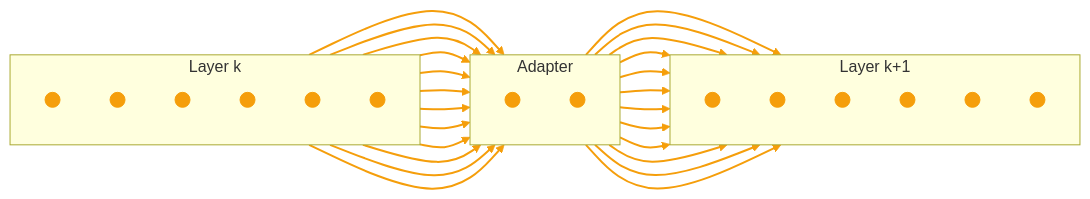
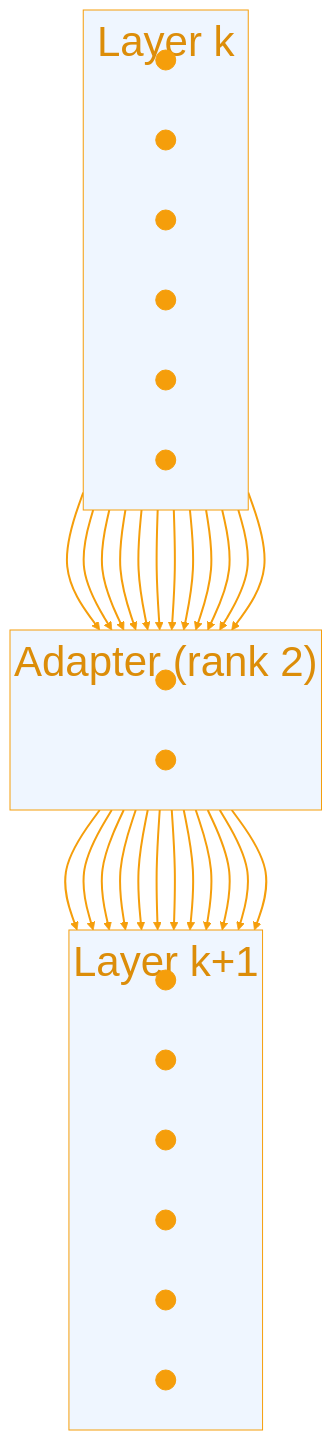
The second of 2 diagrams in slides/m13-fine-tuning.qmd (kerryback/mgmt675), drawn with Mermaid before and after one commit. The commit also changed other lines of this file and 1 other file, not shown here.

Commit message:
Fix LoRA mermaid diagrams: light theme, horizontal layout
Use theme:base with explicit colors to avoid blue-on-black rendering.
Switch from graph LR to graph TB so layers are horizontal rows.

````diff
--- a/slides/m13-fine-tuning.qmd
+++ b/slides/m13-fine-tuning.qmd
@@ -227,37 +240,52 @@
 ```{mermaid}
-graph LR
+%%| fig-width: 16
+%%{init: {'theme': 'base', 'themeVariables': {'fontSize': '42px', 'primaryColor': '#f59e0b', 'primaryTextColor': '#fff', 'lineColor': '#f59e0b', 'clusterBkg': '#eff6ff', 'clusterBorder': '#f59e0b'}, 'flowchart': {'nodeSpacing': 60, 'rankSpacing': 120, 'padding': 20, 'useMaxWidth': true}}}%%
+graph TB
   subgraph Layer_k["Layer k"]
-    direction TB
+    direction LR
     A1((" "))
     A2((" "))
     A3((" "))
     A4((" "))
     A5((" "))
     A6((" "))
   end
-  subgraph Adapter["Adapter"]
-    direction TB
+  subgraph Adapter["Adapter (rank 2)"]
+    direction LR
     R1((" "))
     R2((" "))
   end
   subgraph Layer_k1["Layer k+1"]
-    direction TB
+    direction LR
     B1((" "))
     B2((" "))
     B3((" "))
     B4((" "))
     B5((" "))
     B6((" "))
   end
   A1 --> R1 & R2
   A2 --> R1 & R2
   A3 --> R1 & R2
   A4 --> R1 & R2
   A5 --> R1 & R2
   A6 --> R1 & R2
   R1 --> B1 & B2 & B3 & B4 & B5 & B6
   R2 --> B1 & B2 & B3 & B4 & B5 & B6
 
   linkStyle default stroke:#f59e0b,stroke-width:2px
-  classDef node fill:#f59e0b,stroke:#f59e0b,color:#fff
+  style A1 fill:#f59e0b,stroke:#f59e0b,color:#fff
+  style A2 fill:#f59e0b,stroke:#f59e0b,color:#fff
+  style A3 fill:#f59e0b,stroke:#f59e0b,color:#fff
+  style A4 fill:#f59e0b,stroke:#f59e0b,color:#fff
+  style A5 fill:#f59e0b,stroke:#f59e0b,color:#fff
+  style A6 fill:#f59e0b,stroke:#f59e0b,color:#fff
+  style R1 fill:#f59e0b,stroke:#f59e0b,color:#fff
+  style R2 fill:#f59e0b,stroke:#f59e0b,color:#fff
+  style B1 fill:#f59e0b,stroke:#f59e0b,color:#fff
+  style B2 fill:#f59e0b,stroke:#f59e0b,color:#fff
+  style B3 fill:#f59e0b,stroke:#f59e0b,color:#fff
+  style B4 fill:#f59e0b,stroke:#f59e0b,color:#fff
+  style B5 fill:#f59e0b,stroke:#f59e0b,color:#fff
+  style B6 fill:#f59e0b,stroke:#f59e0b,color:#fff
 ```
````
